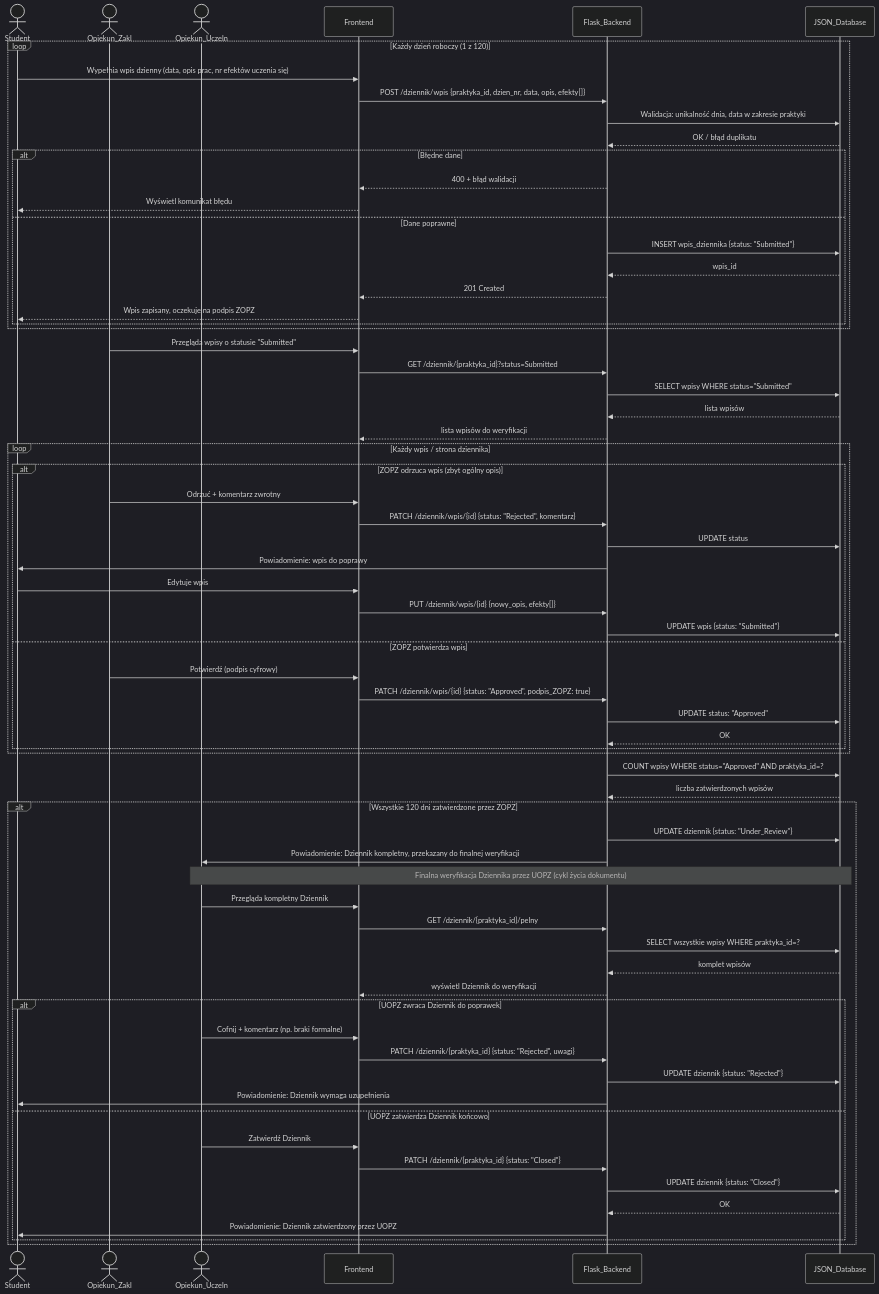
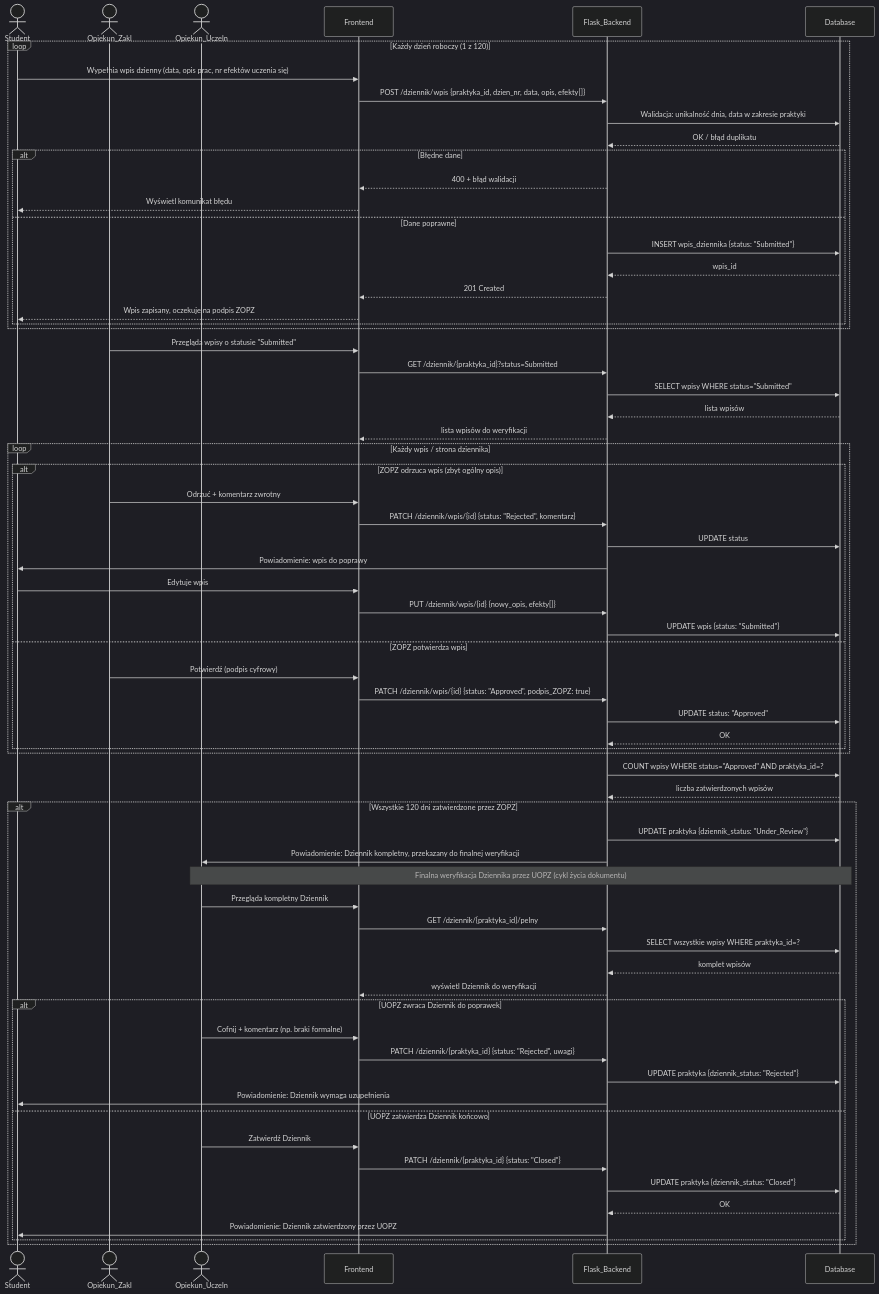
One commit to GacusPL/System-Obslugi-Praktyk-Zawodowych changed the diagram in docs/diagrams/sequence/02_dziennik.md. Above: the diagram before and after it, drawn with Mermaid (dark theme). The commit also changed other lines of this file and 16 other files, not shown here.

````diff
--- a/docs/diagrams/sequence/02_dziennik.md
+++ b/docs/diagrams/sequence/02_dziennik.md
@@ -4,76 +4,76 @@
 ```mermaid
 sequenceDiagram
     actor S as Student
     actor ZOPZ as Opiekun_Zakl
     actor UOPZ as Opiekun_Uczeln
     participant FE as Frontend
     participant FB as Flask_Backend
-    participant J as JSON_Database
+    participant DB as Database
 
     loop Każdy dzień roboczy (1 z 120)
         S->>FE: Wypełnia wpis dzienny (data, opis prac, nr efektów uczenia się)
         FE->>FB: POST /dziennik/wpis {praktyka_id, dzien_nr, data, opis, efekty[]}
-        FB->>J: Walidacja: unikalność dnia, data w zakresie praktyki
-        J-->>FB: OK / błąd duplikatu
+        FB->>DB: Walidacja: unikalność dnia, data w zakresie praktyki
+        DB-->>FB: OK / błąd duplikatu
 
         alt Błędne dane
             FB-->>FE: 400 + błąd walidacji
             FE-->>S: Wyświetl komunikat błędu
         else Dane poprawne
-            FB->>J: INSERT wpis_dziennika {status: "Submitted"}
-            J-->>FB: wpis_id
+            FB->>DB: INSERT wpis_dziennika {status: "Submitted"}
+            DB-->>FB: wpis_id
             FB-->>FE: 201 Created
             FE-->>S: Wpis zapisany, oczekuje na podpis ZOPZ
         end
     end
 
     ZOPZ->>FE: Przegląda wpisy o statusie "Submitted"
     FE->>FB: GET /dziennik/{praktyka_id}?status=Submitted
-    FB->>J: SELECT wpisy WHERE status="Submitted"
-    J-->>FB: lista wpisów
+    FB->>DB: SELECT wpisy WHERE status="Submitted"
+    DB-->>FB: lista wpisów
     FB-->>FE: lista wpisów do weryfikacji
 
     loop Każdy wpis / strona dziennika
         alt ZOPZ odrzuca wpis (zbyt ogólny opis)
             ZOPZ->>FE: Odrzuć + komentarz zwrotny
             FE->>FB: PATCH /dziennik/wpis/{id} {status: "Rejected", komentarz}
-            FB->>J: UPDATE status
+            FB->>DB: UPDATE status
             FB->>S: Powiadomienie: wpis do poprawy
             S->>FE: Edytuje wpis
             FE->>FB: PUT /dziennik/wpis/{id} {nowy_opis, efekty[]}
-            FB->>J: UPDATE wpis {status: "Submitted"}
+            FB->>DB: UPDATE wpis {status: "Submitted"}
         else ZOPZ potwierdza wpis
             ZOPZ->>FE: Potwierdź (podpis cyfrowy)
             FE->>FB: PATCH /dziennik/wpis/{id} {status: "Approved", podpis_ZOPZ: true}
-            FB->>J: UPDATE status: "Approved"
-            J-->>FB: OK
+            FB->>DB: UPDATE status: "Approved"
+            DB-->>FB: OK
         end
     end
 
-    FB->>J: COUNT wpisy WHERE status="Approved" AND praktyka_id=?
-    J-->>FB: liczba zatwierdzonych wpisów
+    FB->>DB: COUNT wpisy WHERE status="Approved" AND praktyka_id=?
+    DB-->>FB: liczba zatwierdzonych wpisów
     alt Wszystkie 120 dni zatwierdzone przez ZOPZ
-        FB->>J: UPDATE dziennik {status: "Under_Review"}
+        FB->>DB: UPDATE praktyka {dziennik_status: "Under_Review"}
         FB->>UOPZ: Powiadomienie: Dziennik kompletny, przekazany do finalnej weryfikacji
 
-        Note over UOPZ,J: Finalna weryfikacja Dziennika przez UOPZ (cykl życia dokumentu)
+        Note over UOPZ,DB: Finalna weryfikacja Dziennika przez UOPZ (cykl życia dokumentu)
         UOPZ->>FE: Przegląda kompletny Dziennik
         FE->>FB: GET /dziennik/{praktyka_id}/pelny
-        FB->>J: SELECT wszystkie wpisy WHERE praktyka_id=?
-        J-->>FB: komplet wpisów
+        FB->>DB: SELECT wszystkie wpisy WHERE praktyka_id=?
+        DB-->>FB: komplet wpisów
         FB-->>FE: wyświetl Dziennik do weryfikacji
 
         alt UOPZ zwraca Dziennik do poprawek
             UOPZ->>FE: Cofnij + komentarz (np. braki formalne)
             FE->>FB: PATCH /dziennik/{praktyka_id} {status: "Rejected", uwagi}
-            FB->>J: UPDATE dziennik {status: "Rejected"}
+            FB->>DB: UPDATE praktyka {dziennik_status: "Rejected"}
             FB->>S: Powiadomienie: Dziennik wymaga uzupełnienia
         else UOPZ zatwierdza Dziennik końcowo
             UOPZ->>FE: Zatwierdź Dziennik
             FE->>FB: PATCH /dziennik/{praktyka_id} {status: "Closed"}
-            FB->>J: UPDATE dziennik {status: "Closed"}
-            J-->>FB: OK
+            FB->>DB: UPDATE praktyka {dziennik_status: "Closed"}
+            DB-->>FB: OK
             FB->>S: Powiadomienie: Dziennik zatwierdzony przez UOPZ
         end
     end
 ```
````
